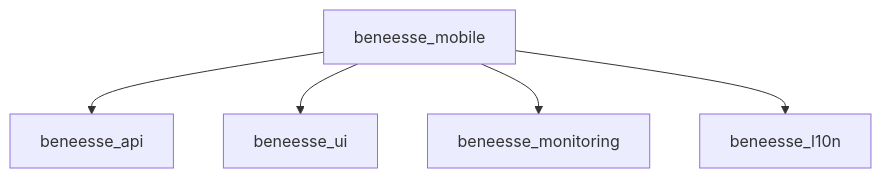
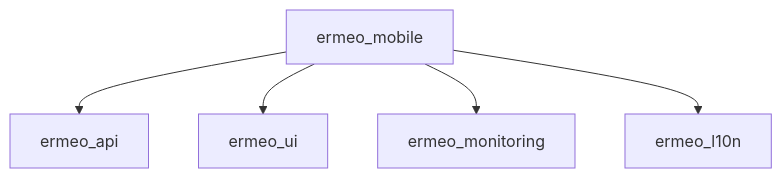
Before and after one commit to lerpof/ermeo: the diagram in docs/principles/architecture.md, drawn with Mermaid. The commit also changed other lines of this file and 438 other files, not shown here.

First line of the commit message:
refactor(workspace): rebrand beneesse monorepo to ermeo

````diff
--- a/docs/principles/architecture.md
+++ b/docs/principles/architecture.md
@@ -32,12 +32,12 @@
 ```mermaid
 flowchart TB
-  Mobile[beneesse_mobile]
-  API[beneesse_api]
-  UI[beneesse_ui]
-  Mon[beneesse_monitoring]
-  L10n[beneesse_l10n]
+  Mobile[ermeo_mobile]
+  API[ermeo_api]
+  UI[ermeo_ui]
+  Mon[ermeo_monitoring]
+  L10n[ermeo_l10n]
   Mobile --> API
   Mobile --> UI
   Mobile --> Mon
   Mobile --> L10n
 ```
````
